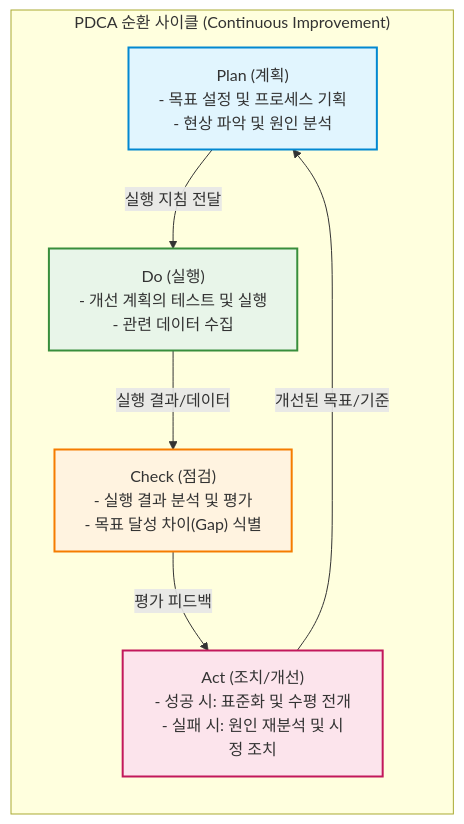
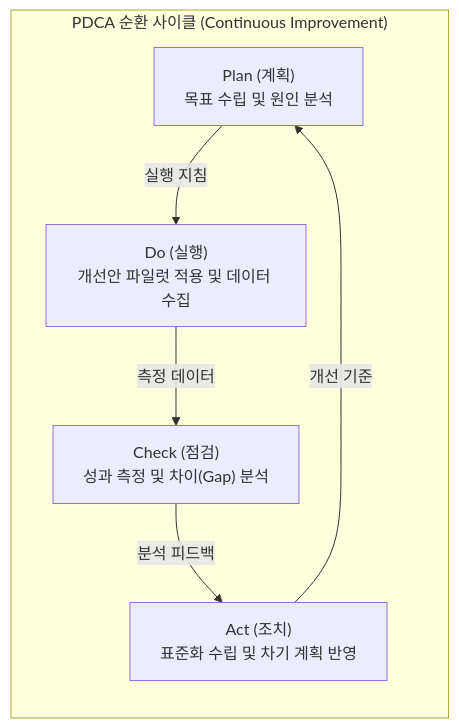
One commit to supremethumb/supremethumb.github.io changed the diagram in content/01_IT Tech/PDCA(Plan-Do-Check-Act, Deming Cycle).md. Above: the diagram before and after it, drawn with Mermaid. The commit also changed other lines of this file and 362 other files, not shown here.

````diff
--- a/content/01_IT Tech/PDCA(Plan-Do-Check-Act, Deming Cycle).md
+++ b/content/01_IT Tech/PDCA(Plan-Do-Check-Act, Deming Cycle).md
@@ -32,22 +37,15 @@
 ```mermaid
 flowchart TD
     subgraph Deming_Cycle ["PDCA 순환 사이클 (Continuous Improvement)"]
         direction TB
+        P["Plan (계획)<br/>목표 수립 및 원인 분석"]
+        D["Do (실행)<br/>개선안 파일럿 적용 및 데이터 수집"]
+        C["Check (점검)<br/>성과 측정 및 차이(Gap) 분석"]
+        A["Act (조치)<br/>표준화 수립 및 차기 계획 반영"]
         
-        P["Plan (계획)<br/>- 목표 설정 및 프로세스 기획<br/>- 현상 파악 및 원인 분석"]
-        D["Do (실행)<br/>- 개선 계획의 테스트 및 실행<br/>- 관련 데이터 수집"]
-        C["Check (점검)<br/>- 실행 결과 분석 및 평가<br/>- 목표 달성 차이(Gap) 식별"]
-        A["Act (조치/개선)<br/>- 성공 시: 표준화 및 수평 전개<br/>- 실패 시: 원인 재분석 및 시정 조치"]
-        
-        P -->|실행 지침 전달| D
-        D -->|실행 결과/데이터| C
-        C -->|평가 피드백| A
-        A -->|개선된 목표/기준| P
+        P -->|실행 지침| D
+        D -->|측정 데이터| C
+        C -->|분석 피드백| A
+        A -->|개선 기준| P
     end
-    
-    style P fill:#e1f5fe,stroke:#0288d1,stroke-width:2px
-    style D fill:#e8f5e9,stroke:#388e3c,stroke-width:2px
-    style C fill:#fff3e0,stroke:#f57c00,stroke-width:2px
-    style A fill:#fce4ec,stroke:#c2185b,stroke-width:2px
-
 ```
````
